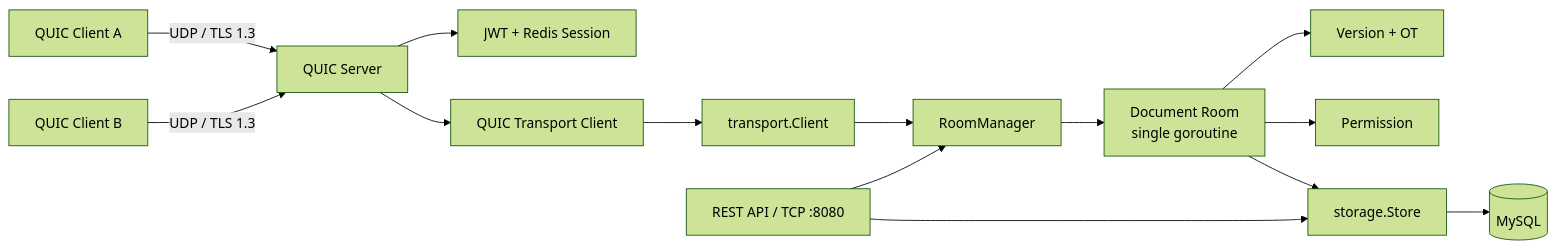
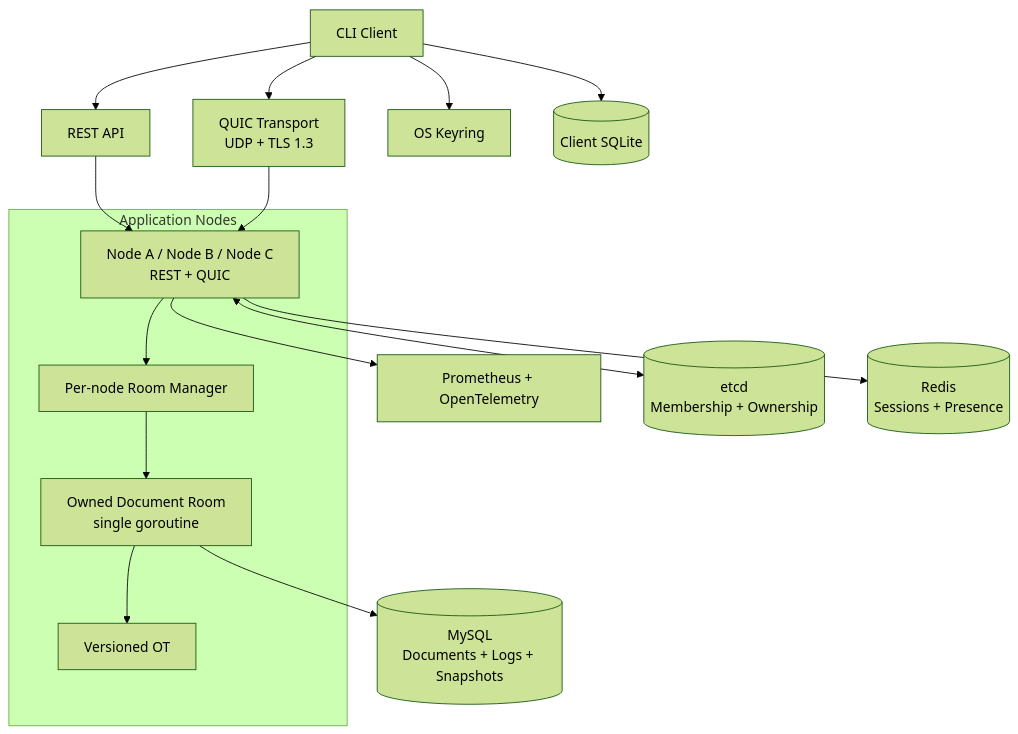
The diagram in README.md (jiawei-wang-dev/go-realtime-collab-editor), drawn with Mermaid (forest theme) before and after one commit. The commit also changed other lines of this file, not shown here.

````diff
--- a/README.md
+++ b/README.md
@@ -24,16 +46,34 @@
 ```mermaid
-flowchart LR
-    C1[QUIC Client A] -->|UDP / TLS 1.3| QS[QUIC Server]
-    C2[QUIC Client B] -->|UDP / TLS 1.3| QS
-    QS --> AUTH[JWT + Redis Session]
-    QS --> TC[QUIC Transport Client]
-    TC --> TI[transport.Client]
-    TI --> RM[RoomManager]
-    RM --> R["Document Room<br/>single goroutine"]
-    R --> OT[Version + OT]
-    R --> P[Permission]
-    R --> S[storage.Store]
-    S --> M[(MySQL)]
-    HTTP[REST API / TCP :8080] --> RM
-    HTTP --> S
+flowchart TB
+    Client[CLI Client]
+    REST[REST API]
+    QUIC[QUIC Transport<br/>UDP + TLS 1.3]
+    Keyring[OS Keyring]
+    SQLite[(Client SQLite)]
+    Obs[Prometheus + OpenTelemetry]
+
+    subgraph Cluster[Application Nodes]
+        Nodes[Node A / Node B / Node C<br/>REST + QUIC]
+        RM[Per-node Room Manager]
+        Room[Owned Document Room<br/>single goroutine]
+        OT[Versioned OT]
+    end
+
+    Etcd[(etcd<br/>Membership + Ownership)]
+    MySQL[(MySQL<br/>Documents + Logs + Snapshots)]
+    Redis[(Redis<br/>Sessions + Presence)]
+
+    Client --> REST
+    Client --> QUIC
+    Client --> SQLite
+    Client --> Keyring
+    REST --> Nodes
+    QUIC --> Nodes
+    Nodes --> RM
+    RM --> Room
+    Room --> OT
+    Nodes <--> Etcd
+    Room --> MySQL
+    Nodes --> Redis
+    Nodes --> Obs
 ```
````
